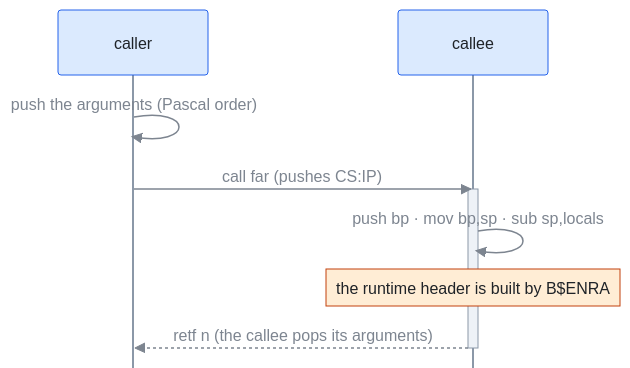
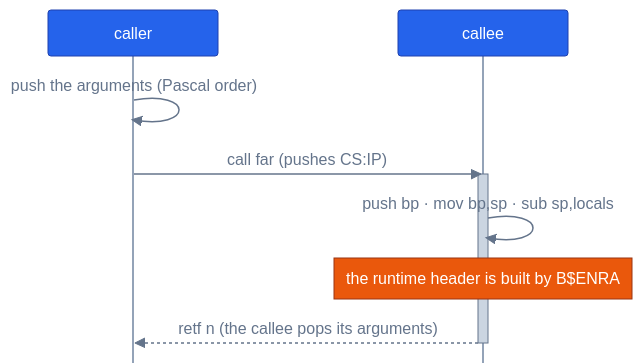
Before and after one commit to ali-mosavian/llrm: the fourth of 5 diagrams in docs/working/mermaid-trial.md, drawn with Mermaid. The commit also changed other lines of this file, not shown here.

Commit message:
docs: the mermaid trial in a bold style: solid fills, numbered stages, tinted groups

````diff
--- a/docs/working/mermaid-trial.md
+++ b/docs/working/mermaid-trial.md
@@ -99,13 +99,13 @@
 ```mermaid
-%%{init: {'theme':'base','themeVariables':{'fontFamily':'Segoe UI, Helvetica Neue, Arial, DejaVu Sans, sans-serif','fontSize':'14px','actorBkg':'#dbeafe','actorBorder':'#2563eb','actorTextColor':'#1f2328','actorLineColor':'#8b98a8','signalColor':'#7d8590','signalTextColor':'#7d8590','noteBkgColor':'#ffedd5','noteBorderColor':'#c2410c','noteTextColor':'#1f2328','activationBkgColor':'#eef2f7','activationBorderColor':'#8b98a8'},'sequence':{'mirrorActors':false,'messageAlign':'center','actorMargin':60,'boxMargin':8}}}%%
+%%{init: {'theme':'base','themeVariables':{'fontFamily':'Segoe UI, Helvetica Neue, Arial, DejaVu Sans, sans-serif','fontSize':'15px','actorBkg':'#2563eb','actorBorder':'#1e40af','actorTextColor':'#ffffff','actorLineColor':'#94a3b8','signalColor':'#64748b','signalTextColor':'#64748b','noteBkgColor':'#ea580c','noteBorderColor':'#9a3412','noteTextColor':'#ffffff','activationBkgColor':'#cbd5e1','activationBorderColor':'#64748b','lineColor':'#64748b'},'sequence':{'mirrorActors':false,'messageAlign':'center','actorMargin':70,'boxMargin':10,'width':170,'height':46,'noteMargin':12}}}%%
 sequenceDiagram
   participant C as caller
   participant F as callee
   C->>C: push the arguments (Pascal order)
   C->>F: call far (pushes CS:IP)
   activate F
   F->>F: push bp · mov bp,sp · sub sp,locals
   Note over F: the runtime header is built by B$ENRA
   F-->>C: retf n (the callee pops its arguments)
   deactivate F
 ```
````
